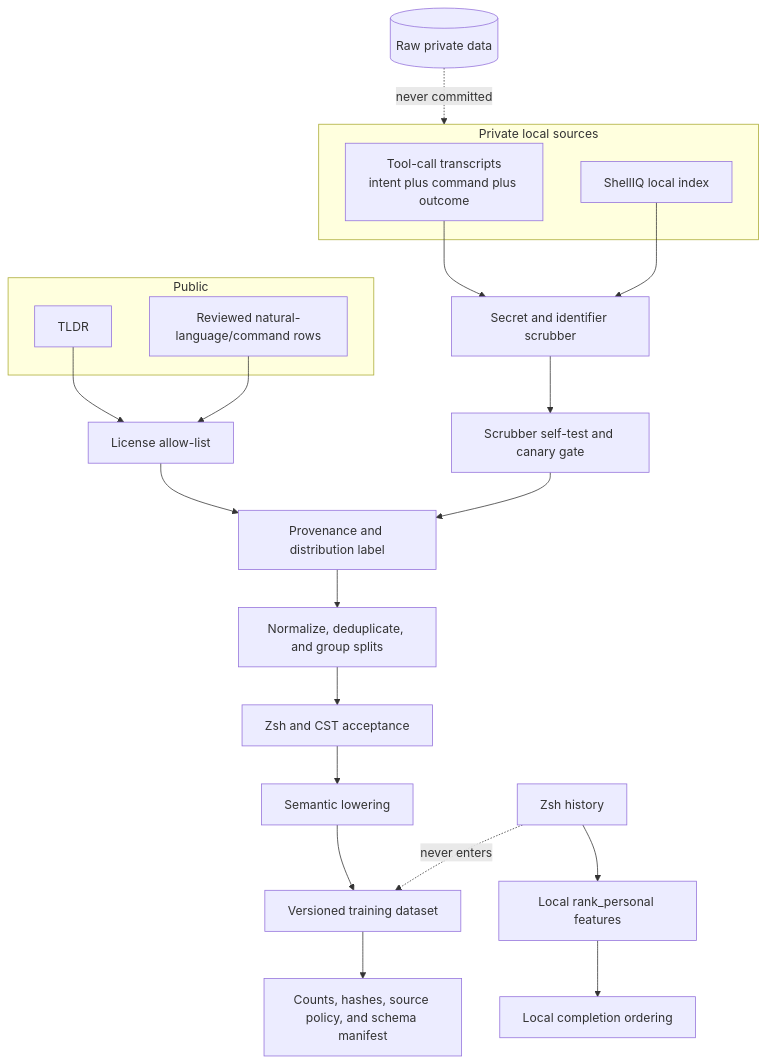
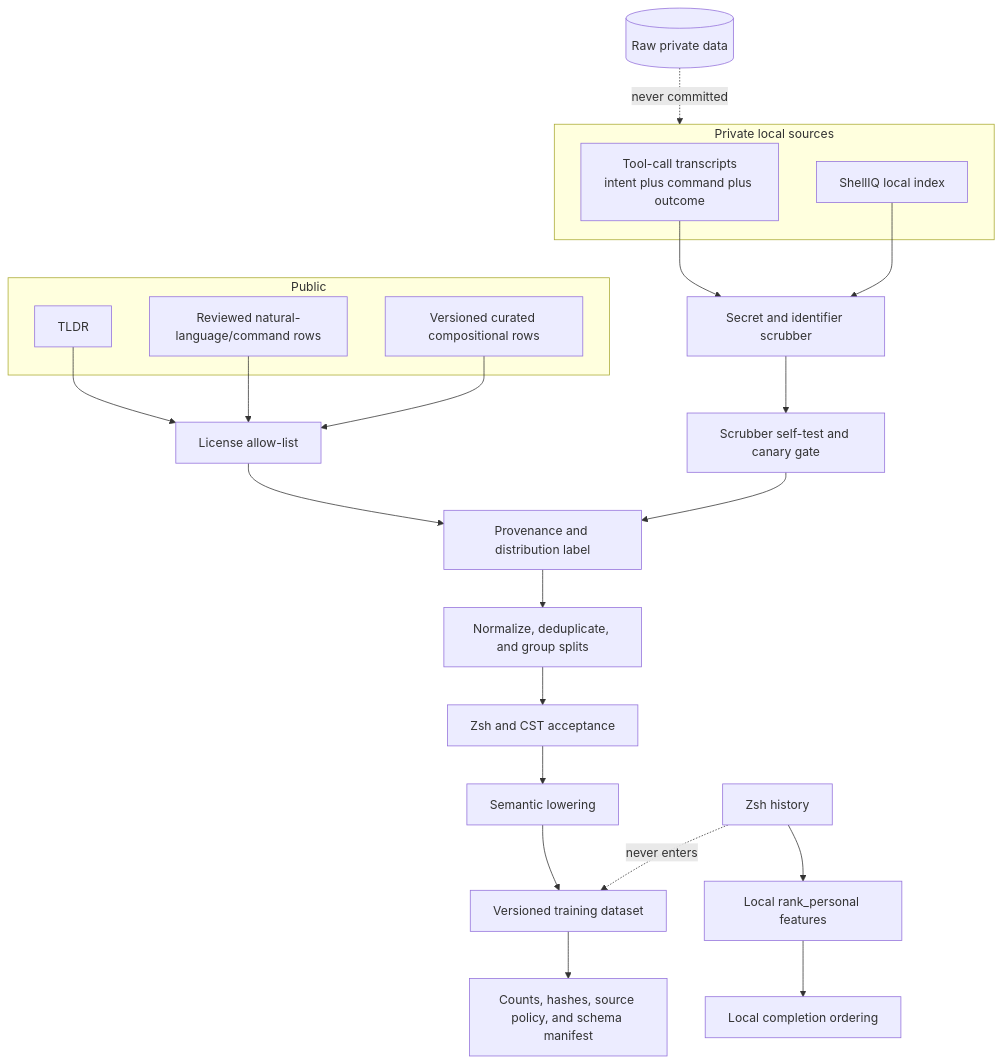
One commit to BrentWilkins/shelliq changed the second of 3 diagrams in docs/AI_PIPELINE.md. Above: the diagram before and after it, drawn with Mermaid. The commit also changed other lines of this file and 1 other file, not shown here.

Commit message:
docs(training): document curated corpus

````diff
--- a/docs/AI_PIPELINE.md
+++ b/docs/AI_PIPELINE.md
@@ -44,31 +44,33 @@
 ```mermaid
 flowchart TD
     subgraph Public
         TLDR[TLDR]
         NL[Reviewed natural-language/command rows]
+        CURATED[Versioned curated compositional rows]
     end
 
     subgraph Private[Private local sources]
         TRANSCRIPT[Tool-call transcripts<br/>intent plus command plus outcome]
         INDEX[ShellIQ local index]
     end
 
     TLDR --> LICENSE[License allow-list]
     NL --> LICENSE
+    CURATED --> LICENSE
     TRANSCRIPT --> SCRUB[Secret and identifier scrubber]
     INDEX --> SCRUB
     SCRUB --> CANARY[Scrubber self-test and canary gate]
     LICENSE --> LABEL[Provenance and distribution label]
     CANARY --> LABEL
     LABEL --> DEDUPE[Normalize, deduplicate, and group splits]
     DEDUPE --> PARSE[Zsh and CST acceptance]
     PARSE --> SEM[Semantic lowering]
     SEM --> DATASET[Versioned training dataset]
 
     HISTORY[Zsh history] --> RANK[Local rank_personal features]
     RANK --> LOCAL[Local completion ordering]
     HISTORY -. never enters .-> DATASET
 
     RAW[(Raw private data)] -. never committed .-> Private
     DATASET --> MANIFEST[Counts, hashes, source policy, and schema manifest]
 ```
````
